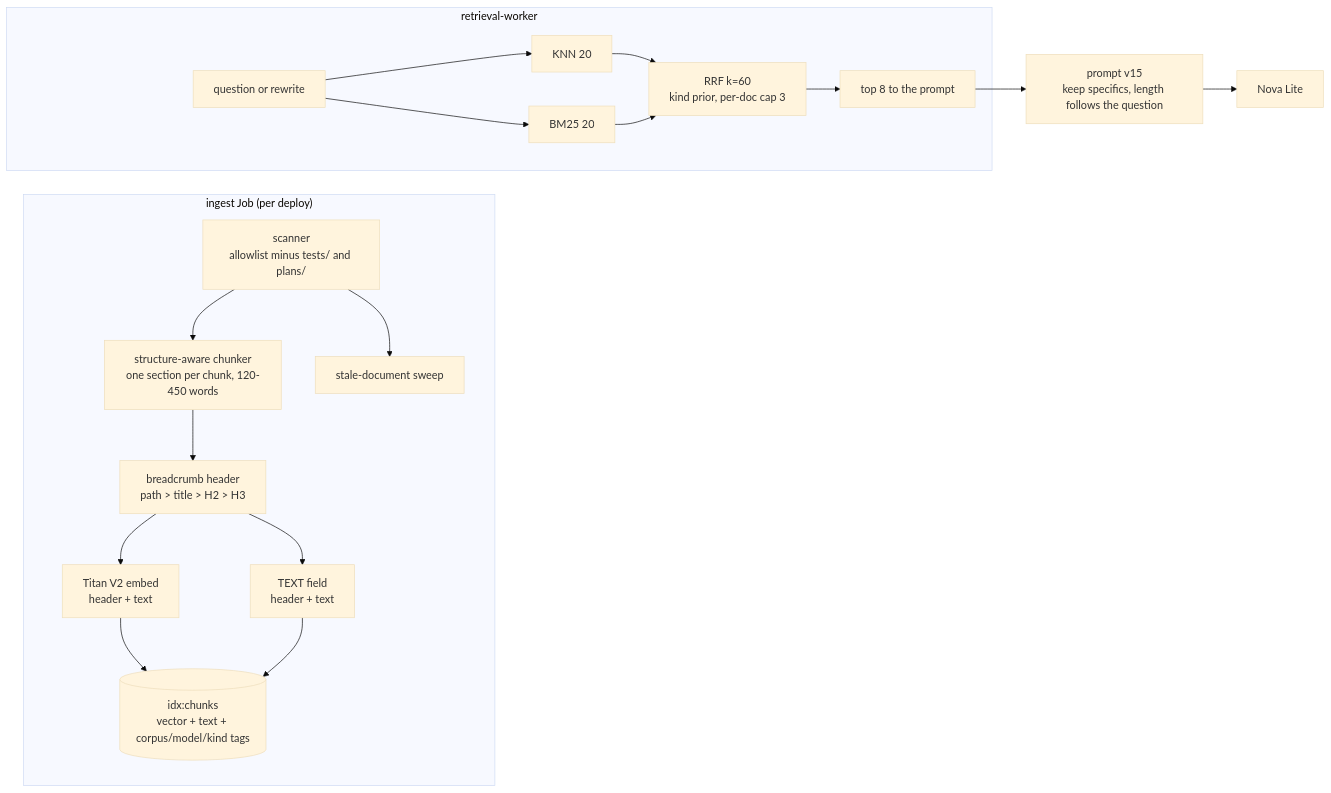
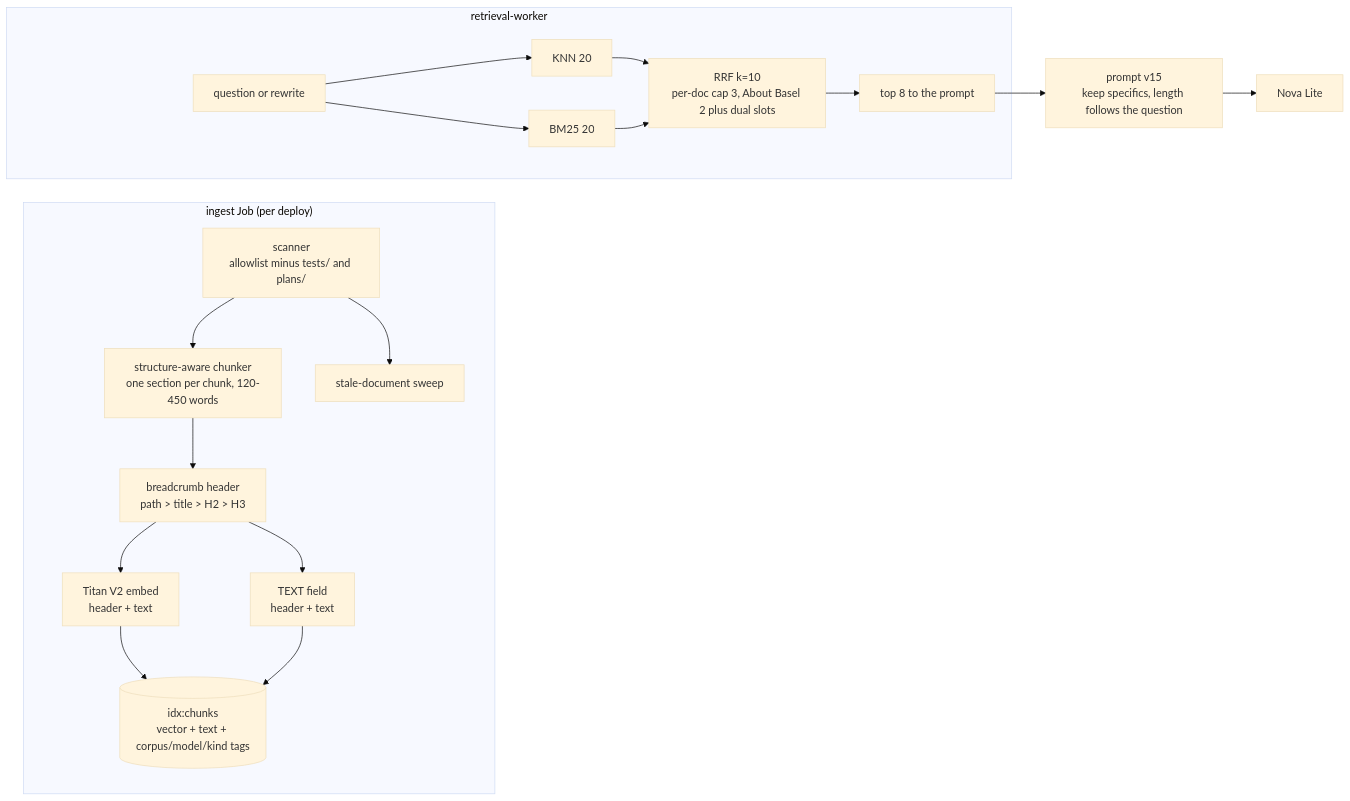
One commit to hacka-tron/basel.engineering changed the diagram in docs/DESIGN-005-rag-quality.md. Above: the diagram before and after it, drawn with Mermaid (base theme). The commit also changed other lines of this file and 31 other files, not shown here.

First line of the commit message:
rag p8: hybrid BM25 + vector retrieval with RRF and dual-experience slots (#183)

````diff
--- a/docs/DESIGN-005-rag-quality.md
+++ b/docs/DESIGN-005-rag-quality.md
@@ -161,21 +161,21 @@
 ```mermaid
 flowchart LR
     subgraph Ingest["ingest Job (per deploy)"]
         S[scanner<br/>allowlist minus tests/ and plans/] --> C[structure-aware chunker<br/>one section per chunk, 120-450 words]
         C --> H[breadcrumb header<br/>path > title > H2 > H3]
         H --> E[Titan V2 embed<br/>header + text]
         H --> T[TEXT field<br/>header + text]
         E --> IDX[(idx:chunks<br/>vector + text + corpus/model/kind tags)]
         T --> IDX
         S --> SW[stale-document sweep]
     end
     subgraph Ask["retrieval-worker"]
         Q[question or rewrite] --> KNN[KNN 20]
         Q --> BM[BM25 20]
-        KNN --> F[RRF k=60<br/>kind prior, per-doc cap 3]
+        KNN --> F[RRF k=10<br/>per-doc cap 3, About Basel 2 plus dual slots]
         BM --> F
         F --> TOP[top 8 to the prompt]
     end
     TOP --> P[prompt v15<br/>keep specifics, length follows the question]
     P --> LLM[Nova Lite]
 ```
````
